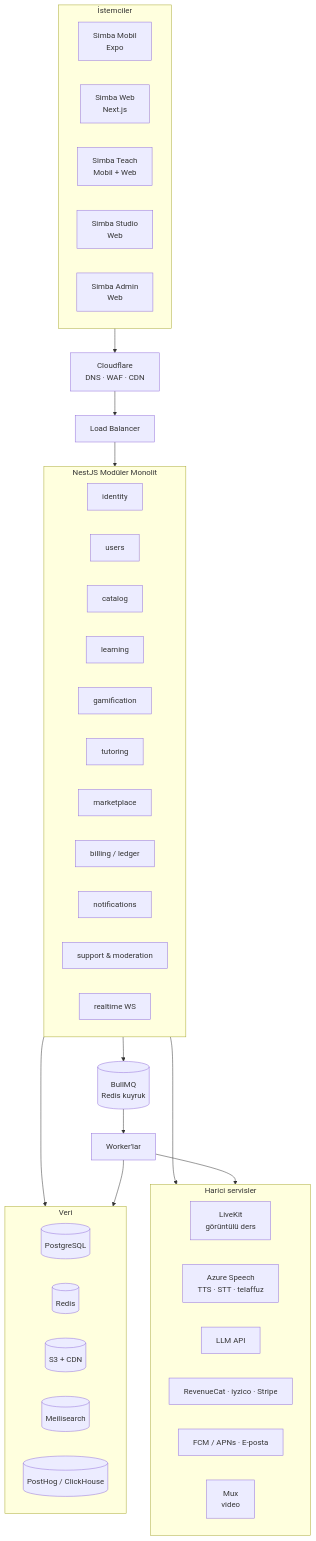
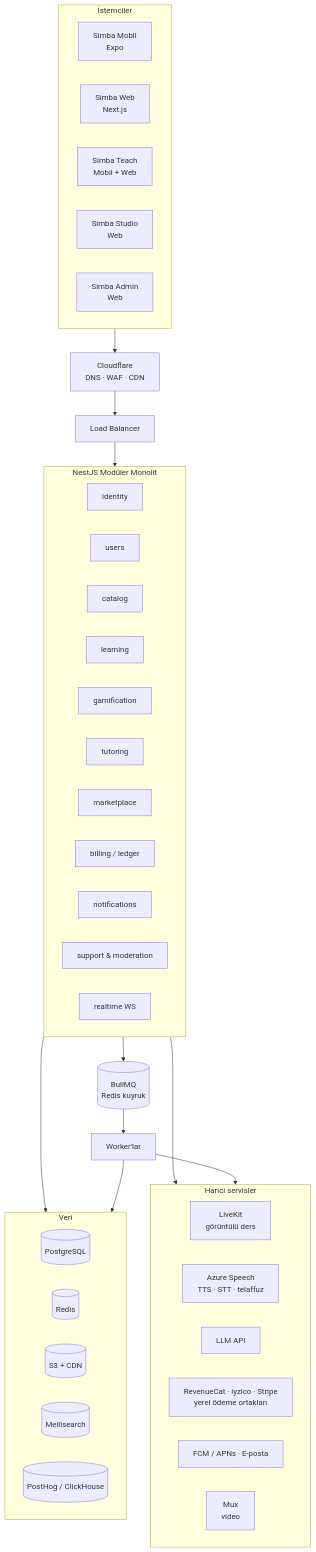
The diagram in docs/ARCHITECTURE.md (Nobatgeldi/simba), drawn with Mermaid before and after one commit. The commit also changed other lines of this file and 2 other files, not shown here.

````diff
--- a/docs/ARCHITECTURE.md
+++ b/docs/ARCHITECTURE.md
@@ -39,50 +43,50 @@
 ```mermaid
 flowchart TB
   subgraph Clients[İstemciler]
     LM[Simba Mobil<br/>Expo]
     LW[Simba Web<br/>Next.js]
     TM[Simba Teach<br/>Mobil + Web]
     ST[Simba Studio<br/>Web]
     AD[Simba Admin<br/>Web]
   end
 
   CF[Cloudflare<br/>DNS · WAF · CDN]
   Clients --> CF --> ALB[Load Balancer]
 
   subgraph API[NestJS Modüler Monolit]
     ID[identity]
     US[users]
     CAT[catalog]
     LRN[learning]
     GAM[gamification]
     TUT[tutoring]
     MKT[marketplace]
     BIL[billing / ledger]
     NOT[notifications]
     SUP[support & moderation]
     RT[realtime WS]
   end
   ALB --> API
   API --> Q[(BullMQ<br/>Redis kuyruk)] --> W[Worker'lar]
 
   subgraph Data[Veri]
     PG[(PostgreSQL)]
     RD[(Redis)]
     S3[(S3 + CDN)]
     MS[(Meilisearch)]
     AN[(PostHog / ClickHouse)]
   end
   API --> Data
   W --> Data
 
   subgraph Ext[Harici servisler]
     LK[LiveKit<br/>görüntülü ders]
     AZ[Azure Speech<br/>TTS · STT · telaffuz]
     LLM[LLM API]
-    PAY[RevenueCat · iyzico · Stripe]
+    PAY[RevenueCat · iyzico · Stripe<br/>yerel ödeme ortakları]
     PUSH[FCM / APNs · E-posta]
     MUX[Mux<br/>video]
   end
   API --> Ext
   W --> Ext
 ```
````
